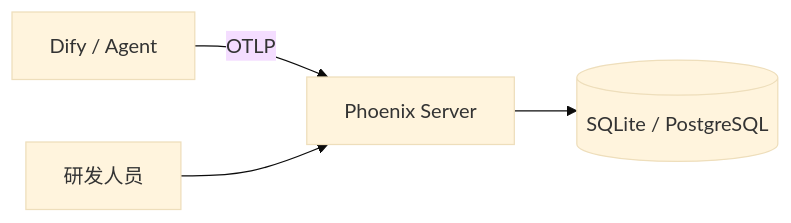
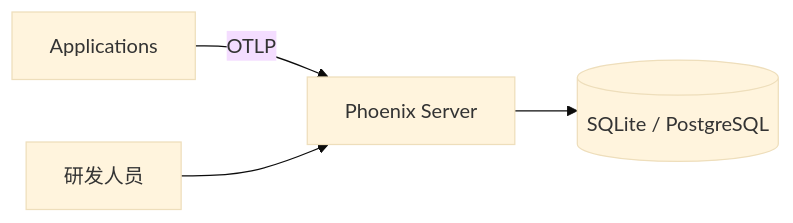
Diagram 13 of 15 in weekly-report/phoenix-langfuse-research.md (sgfd-ui/internship), drawn with Mermaid (base theme) before and after one commit. The commit also changed other lines of this file, not shown here.

Commit message:
docs: generalize Phoenix and Langfuse research to Agent platform scope

````diff
--- a/weekly-report/phoenix-langfuse-research.md
+++ b/weekly-report/phoenix-langfuse-research.md
@@ -562,7 +504,7 @@
 ```mermaid
 flowchart LR
-    D[Dify / Agent]
+    A[Applications]
     -->|OTLP| P[Phoenix Server]
     P --> DB[(SQLite / PostgreSQL)]
     U[研发人员] --> P
 ```
````
